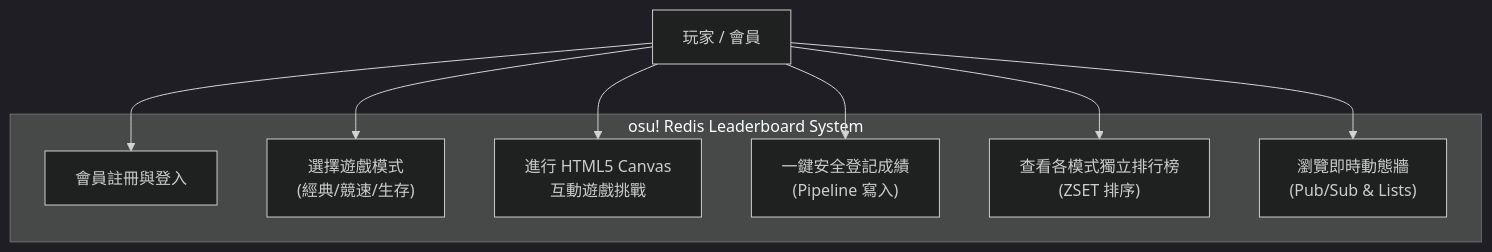
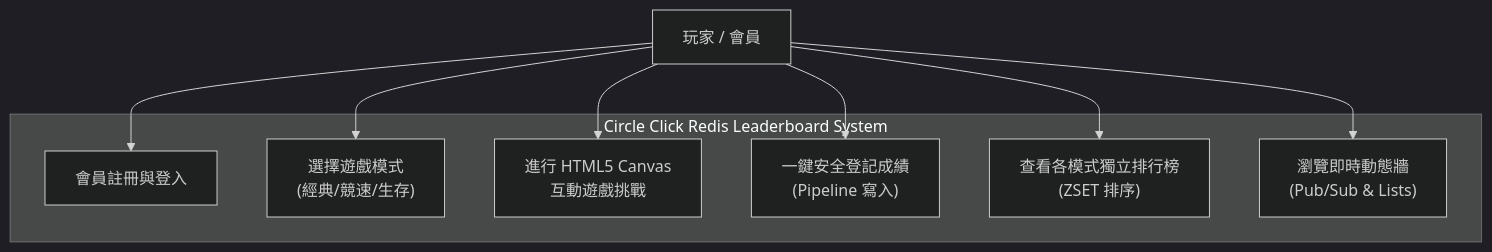
One commit to jerry20070405-oss/Redis-Side-Project changed the first of 2 diagrams in README.md. Above: the diagram before and after it, drawn with Mermaid (dark theme).

Commit message:
README.md

````diff
--- a/README.md
+++ b/README.md
@@ -40,20 +40,20 @@
 ```mermaid
 graph TD
     Player["玩家 / 會員"]
     
-    subgraph 系統功能範圍 [osu! Redis Leaderboard System]
+    subgraph 系統功能範圍 [Circle Click Redis Leaderboard System]
         UC1[會員註冊與登入]
         UC2["選擇遊戲模式<br>(經典/競速/生存)"]
         UC3["進行 HTML5 Canvas<br>互動遊戲挑戰"]
         UC4["一鍵安全登記成績<br>(Pipeline 寫入)"]
         UC5["查看各模式獨立排行榜<br>(ZSET 排序)"]
         UC6["瀏覽即時動態牆<br>(Pub/Sub & Lists)"]
     end
 
     Player --> UC1
     Player --> UC2
     Player --> UC3
     Player --> UC4
     Player --> UC5
     Player --> UC6
 ```
````
